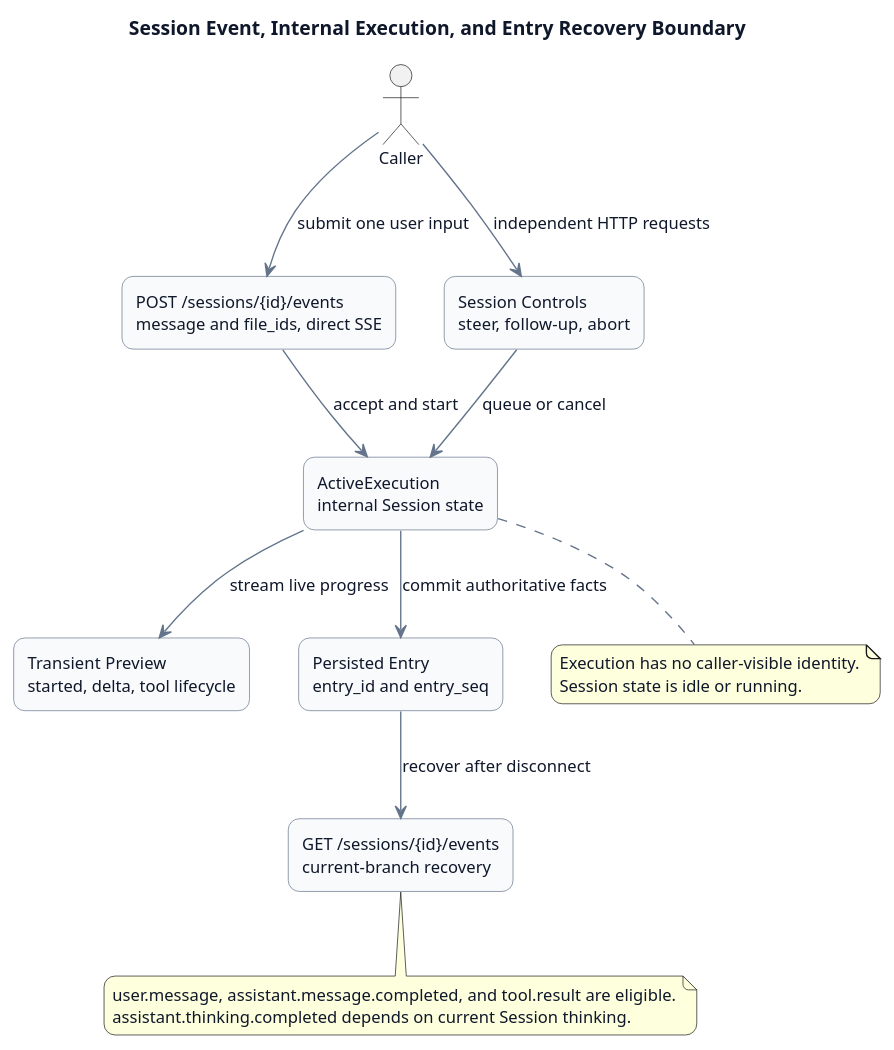
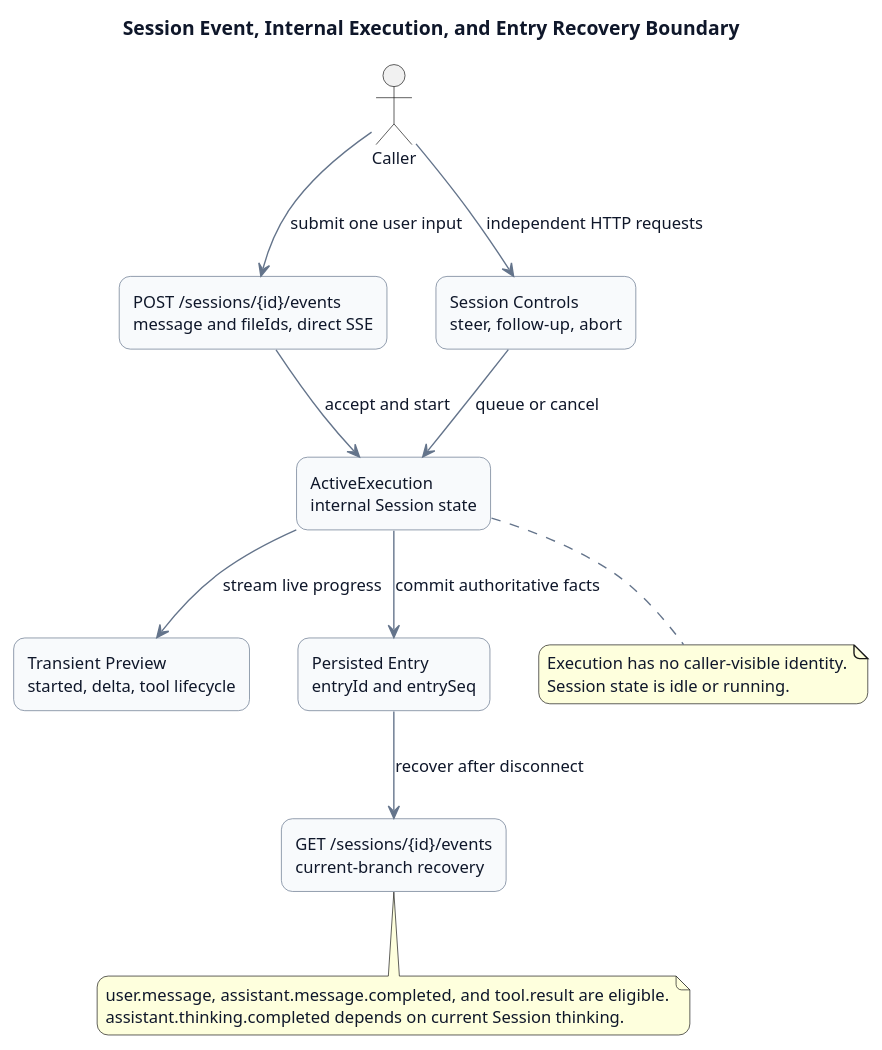
The second of 2 diagrams in pi-mono-java-manager-driven-multi-agent-runtime/diagrams/execution-control/diagram.puml (ssm0808/pi-mono-java-design), drawn with PlantUML before and after one commit. The commit also changed other lines of this file and 35 other files, not shown here.

```diff
--- a/pi-mono-java-manager-driven-multi-agent-runtime/diagrams/execution-control/diagram.puml
+++ b/pi-mono-java-manager-driven-multi-agent-runtime/diagrams/execution-control/diagram.puml
@@ -114,52 +118,52 @@
 @startuml http_execution_resource_model
 title Session Event, Internal Execution, and Entry Recovery Boundary
 
 ' Source evidence verified on 2026-08-17:
 ' https://platform.claude.com/docs/en/managed-agents/events-and-streaming
 ' https://platform.claude.com/docs/en/managed-agents/sessions
 ' pi-mono packages/coding-agent/src/core/session-manager.ts, getBranch and appendMessage
 ' pi-mono-java commit 8691e8800f05f28afe22499050c29220ef5b7475,
 ' modules/coding-agent-cli/src/main/java/com/campusclaw/codingagent/runtimeapi/event/RuntimeEventService.java
 ' Observed behavior: both pi baselines rebuild conversation context from messages and entries.
 ' Observed behavior: CampusClaw exposes Session Events and keeps execution identity internal.
 ' Design reason: one public recovery model avoids duplicated lifecycle and cursor semantics.
 
 skinparam backgroundColor #FFFFFF
 skinparam shadowing false
 skinparam roundcorner 16
 skinparam defaultFontName Arial
 skinparam defaultFontSize 12
 skinparam defaultFontColor #0F172A
 skinparam ArrowColor #64748B
 skinparam rectangle {
   BorderColor #64748B
   BackgroundColor #F8FAFC
   FontColor #0F172A
 }
 
 actor Caller
-rectangle "POST /sessions/{id}/events\nmessage and file_ids, direct SSE" as SendEvent
+rectangle "POST /sessions/{id}/events\nmessage and fileIds, direct SSE" as SendEvent
 rectangle "ActiveExecution\ninternal Session state" as Execution
 rectangle "Transient Preview\nstarted, delta, tool lifecycle" as Preview
-rectangle "Persisted Entry\nentry_id and entry_seq" as Entry
+rectangle "Persisted Entry\nentryId and entrySeq" as Entry
 rectangle "GET /sessions/{id}/events\ncurrent-branch recovery" as GetEvents
 rectangle "Session Controls\nsteer, follow-up, abort" as Controls
 
 Caller --> SendEvent : submit one user input
 SendEvent --> Execution : accept and start
 Execution --> Preview : stream live progress
 Execution --> Entry : commit authoritative facts
 Entry --> GetEvents : recover after disconnect
 Caller --> Controls : independent HTTP requests
 Controls --> Execution : queue or cancel
 
 note bottom of Execution
 Execution has no caller-visible identity.
 Session state is idle or running.
 end note
 
 note bottom of GetEvents
 user.message, assistant.message.completed, and tool.result are eligible.
 assistant.thinking.completed depends on current Session thinking.
 end note
 @enduml
```
